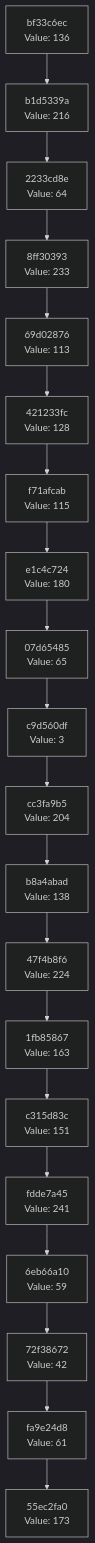
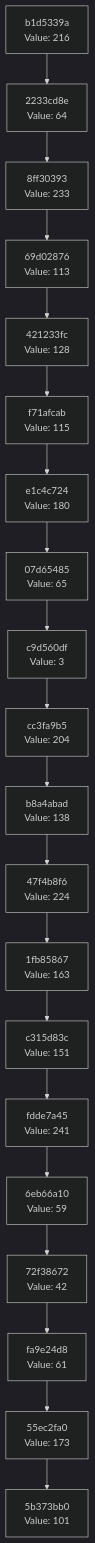
One commit to Abhisheksinha1506/hash-chain-evolver changed the diagram in docs/CHAIN_VISUALIZATION.md. Above: the diagram before and after it, drawn with Mermaid (dark theme). The commit also changed 1 other file, not shown here.

Commit message:
Evolution Step

````diff
--- a/docs/CHAIN_VISUALIZATION.md
+++ b/docs/CHAIN_VISUALIZATION.md
@@ -3,42 +3,42 @@
 ```mermaid
 graph TD
-    C0["55ec2fa0<br/>Value: 173"]
-    C1["fa9e24d8<br/>Value: 61"]
+    C0["5b373bb0<br/>Value: 101"]
+    C1["55ec2fa0<br/>Value: 173"]
     C1 --> C0
-    C2["72f38672<br/>Value: 42"]
+    C2["fa9e24d8<br/>Value: 61"]
     C2 --> C1
-    C3["6eb66a10<br/>Value: 59"]
+    C3["72f38672<br/>Value: 42"]
     C3 --> C2
-    C4["fdde7a45<br/>Value: 241"]
+    C4["6eb66a10<br/>Value: 59"]
     C4 --> C3
-    C5["c315d83c<br/>Value: 151"]
+    C5["fdde7a45<br/>Value: 241"]
     C5 --> C4
-    C6["1fb85867<br/>Value: 163"]
+    C6["c315d83c<br/>Value: 151"]
     C6 --> C5
-    C7["47f4b8f6<br/>Value: 224"]
+    C7["1fb85867<br/>Value: 163"]
     C7 --> C6
-    C8["b8a4abad<br/>Value: 138"]
+    C8["47f4b8f6<br/>Value: 224"]
     C8 --> C7
-    C9["cc3fa9b5<br/>Value: 204"]
+    C9["b8a4abad<br/>Value: 138"]
     C9 --> C8
-    C10["c9d560df<br/>Value: 3"]
+    C10["cc3fa9b5<br/>Value: 204"]
     C10 --> C9
-    C11["07d65485<br/>Value: 65"]
+    C11["c9d560df<br/>Value: 3"]
     C11 --> C10
-    C12["e1c4c724<br/>Value: 180"]
+    C12["07d65485<br/>Value: 65"]
     C12 --> C11
-    C13["f71afcab<br/>Value: 115"]
+    C13["e1c4c724<br/>Value: 180"]
     C13 --> C12
-    C14["421233fc<br/>Value: 128"]
+    C14["f71afcab<br/>Value: 115"]
     C14 --> C13
-    C15["69d02876<br/>Value: 113"]
+    C15["421233fc<br/>Value: 128"]
     C15 --> C14
-    C16["8ff30393<br/>Value: 233"]
+    C16["69d02876<br/>Value: 113"]
     C16 --> C15
-    C17["2233cd8e<br/>Value: 64"]
+    C17["8ff30393<br/>Value: 233"]
     C17 --> C16
-    C18["b1d5339a<br/>Value: 216"]
+    C18["2233cd8e<br/>Value: 64"]
     C18 --> C17
-    C19["bf33c6ec<br/>Value: 136"]
+    C19["b1d5339a<br/>Value: 216"]
     C19 --> C18
 ```
````
